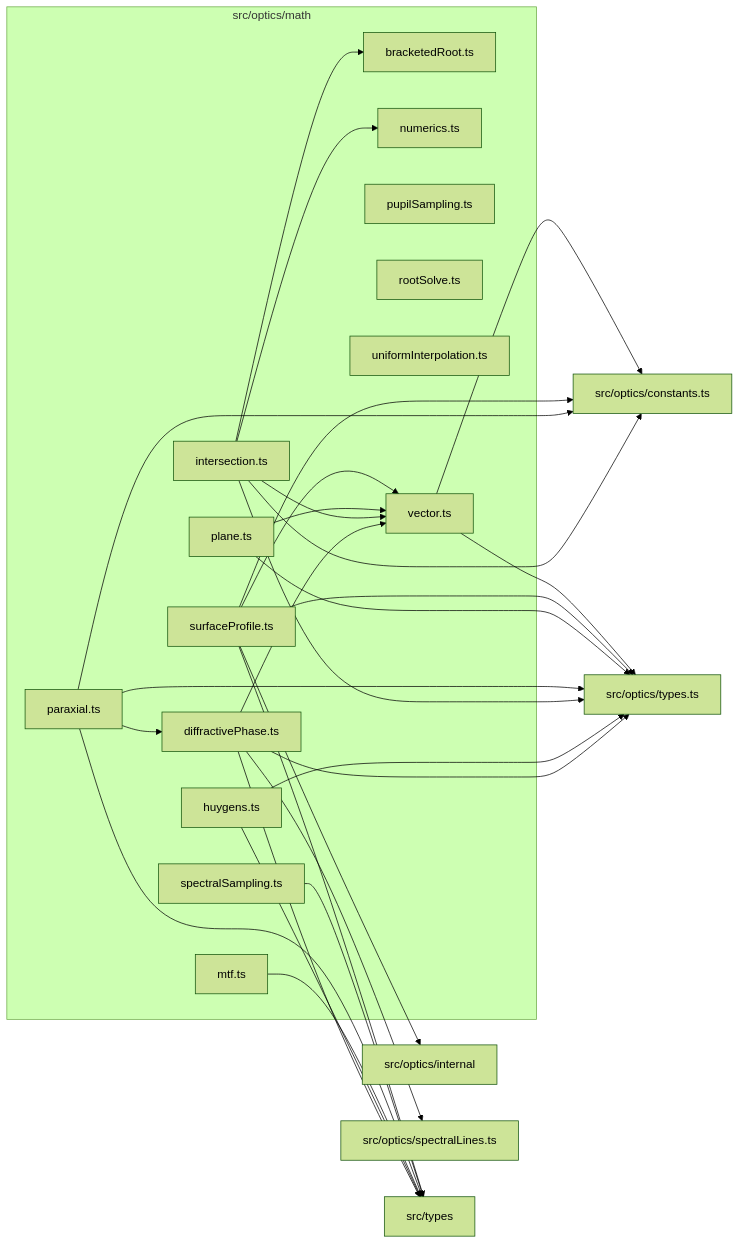
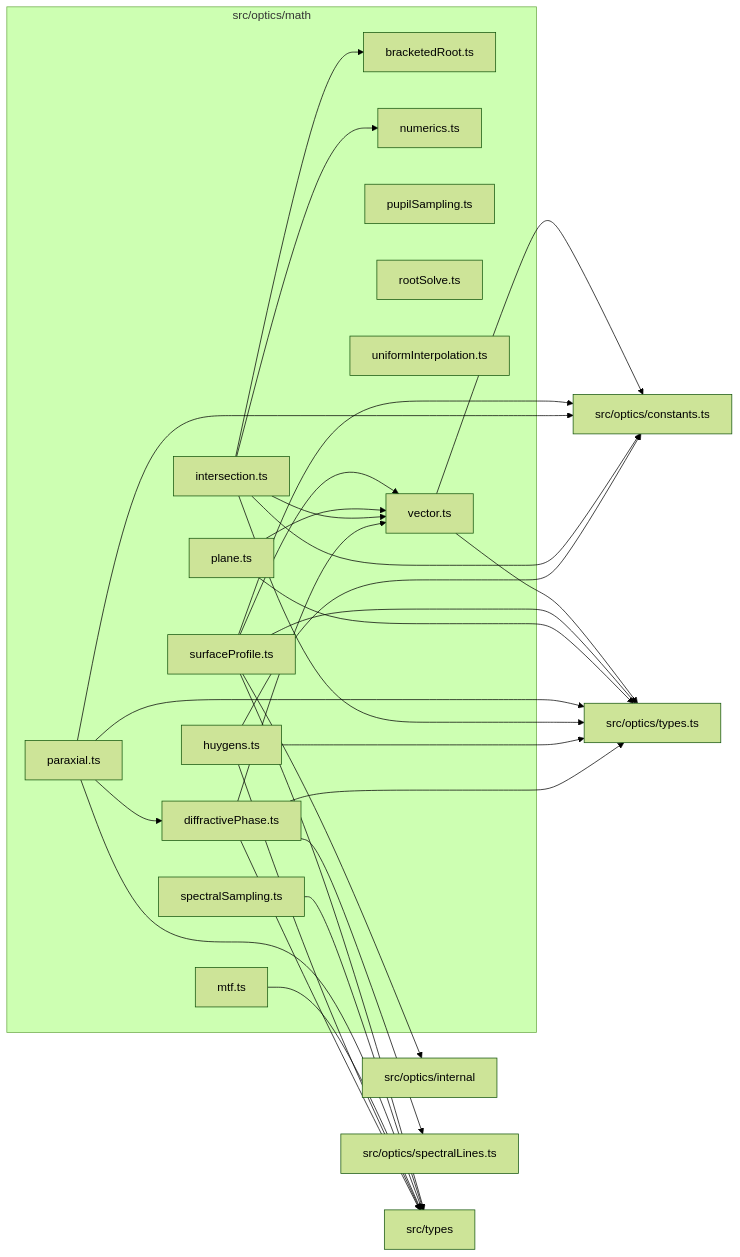
Before and after one commit to ronbuening/LensVisualizer: the diagram in src/optics/math/readme.md, drawn with Mermaid (forest theme). The commit also changed other lines of this file and 12 other files, not shown here.

````diff
--- a/src/optics/math/readme.md
+++ b/src/optics/math/readme.md
@@ -9,50 +9,51 @@
 ```mermaid
 flowchart LR
   subgraph n_src_optics_math["src/optics/math"]
     n_src_optics_math_src_optics_math_bracketedRoot_ts["bracketedRoot.ts"]
     n_src_optics_math_src_optics_math_diffractivePhase_ts["diffractivePhase.ts"]
     n_src_optics_math_src_optics_math_huygens_ts["huygens.ts"]
     n_src_optics_math_src_optics_math_intersection_ts["intersection.ts"]
     n_src_optics_math_src_optics_math_mtf_ts["mtf.ts"]
     n_src_optics_math_src_optics_math_numerics_ts["numerics.ts"]
     n_src_optics_math_src_optics_math_paraxial_ts["paraxial.ts"]
     n_src_optics_math_src_optics_math_plane_ts["plane.ts"]
     n_src_optics_math_src_optics_math_pupilSampling_ts["pupilSampling.ts"]
     n_src_optics_math_src_optics_math_rootSolve_ts["rootSolve.ts"]
     n_src_optics_math_src_optics_math_spectralSampling_ts["spectralSampling.ts"]
     n_src_optics_math_src_optics_math_surfaceProfile_ts["surfaceProfile.ts"]
     n_src_optics_math_src_optics_math_uniformInterpolation_ts["uniformInterpolation.ts"]
     n_src_optics_math_src_optics_math_vector_ts["vector.ts"]
   end
   n_external_src_optics_constants_ts["src/optics/constants.ts"]
   n_external_src_optics_internal["src/optics/internal"]
   n_external_src_optics_spectralLines_ts["src/optics/spectralLines.ts"]
   n_external_src_optics_types_ts["src/optics/types.ts"]
   n_external_src_types["src/types"]
+  n_src_optics_math_src_optics_math_huygens_ts --> n_external_src_optics_constants_ts
   n_src_optics_math_src_optics_math_intersection_ts --> n_external_src_optics_constants_ts
   n_src_optics_math_src_optics_math_paraxial_ts --> n_external_src_optics_constants_ts
   n_src_optics_math_src_optics_math_surfaceProfile_ts --> n_external_src_optics_constants_ts
   n_src_optics_math_src_optics_math_vector_ts --> n_external_src_optics_constants_ts
   n_src_optics_math_src_optics_math_surfaceProfile_ts --> n_external_src_optics_internal
   n_src_optics_math_src_optics_math_diffractivePhase_ts --> n_external_src_optics_spectralLines_ts
   n_src_optics_math_src_optics_math_diffractivePhase_ts --> n_external_src_optics_types_ts
   n_src_optics_math_src_optics_math_huygens_ts --> n_external_src_optics_types_ts
   n_src_optics_math_src_optics_math_intersection_ts --> n_external_src_optics_types_ts
   n_src_optics_math_src_optics_math_paraxial_ts --> n_external_src_optics_types_ts
   n_src_optics_math_src_optics_math_plane_ts --> n_external_src_optics_types_ts
   n_src_optics_math_src_optics_math_surfaceProfile_ts --> n_external_src_optics_types_ts
   n_src_optics_math_src_optics_math_vector_ts --> n_external_src_optics_types_ts
   n_src_optics_math_src_optics_math_diffractivePhase_ts --> n_external_src_types
   n_src_optics_math_src_optics_math_huygens_ts --> n_external_src_types
   n_src_optics_math_src_optics_math_mtf_ts --> n_external_src_types
   n_src_optics_math_src_optics_math_paraxial_ts --> n_external_src_types
   n_src_optics_math_src_optics_math_spectralSampling_ts --> n_external_src_types
   n_src_optics_math_src_optics_math_surfaceProfile_ts --> n_external_src_types
   n_src_optics_math_src_optics_math_intersection_ts --> n_src_optics_math_src_optics_math_bracketedRoot_ts
   n_src_optics_math_src_optics_math_paraxial_ts --> n_src_optics_math_src_optics_math_diffractivePhase_ts
   n_src_optics_math_src_optics_math_intersection_ts --> n_src_optics_math_src_optics_math_numerics_ts
   n_src_optics_math_src_optics_math_diffractivePhase_ts --> n_src_optics_math_src_optics_math_vector_ts
   n_src_optics_math_src_optics_math_intersection_ts --> n_src_optics_math_src_optics_math_vector_ts
   n_src_optics_math_src_optics_math_plane_ts --> n_src_optics_math_src_optics_math_vector_ts
   n_src_optics_math_src_optics_math_surfaceProfile_ts --> n_src_optics_math_src_optics_math_vector_ts
 ```
````
